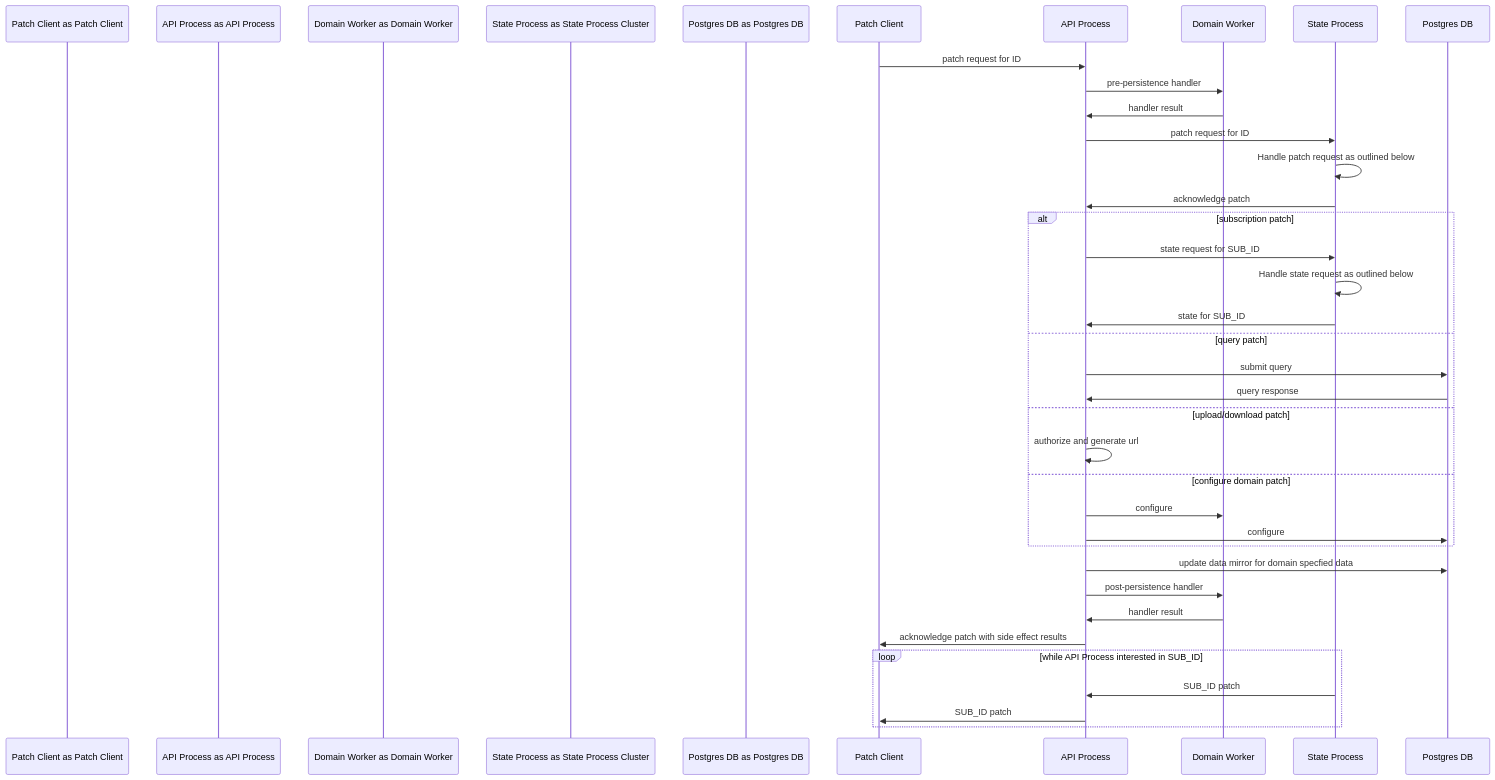
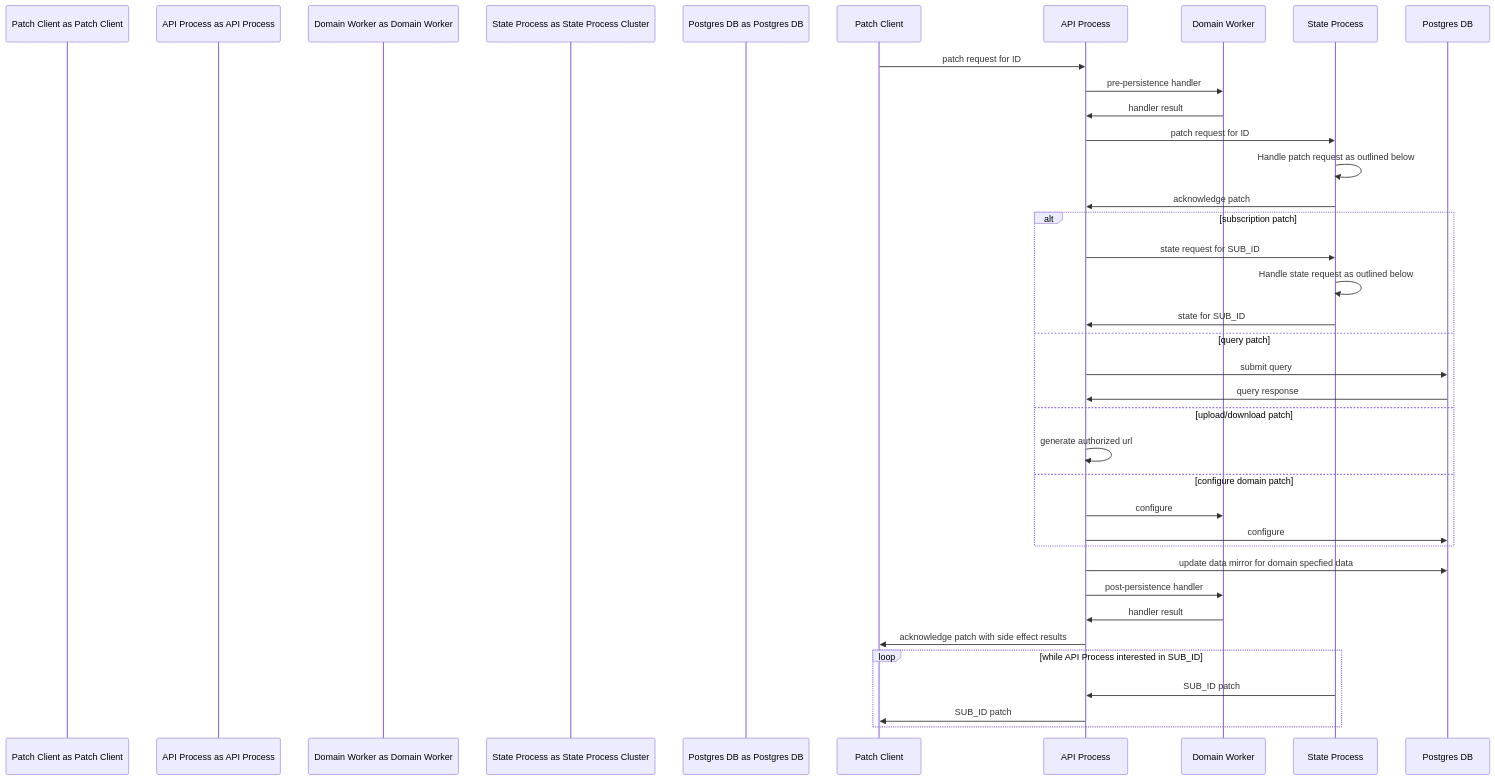
Before and after one commit to knowlearning/platform: the diagram in README.md, drawn with Mermaid. The commit also changed other lines of this file, not shown here.

````diff
--- a/README.md
+++ b/README.md
@@ -46,36 +46,36 @@
 ```mermaid
 sequenceDiagram
   participant Patch Client as Patch Client
   participant API Process as API Process
   participant Domain Worker as Domain Worker
   participant State Process as State Process Cluster
   participant Postgres DB as Postgres DB
 
   Patch Client ->> API Process: patch request for ID
   API Process ->> Domain Worker: pre-persistence handler
   Domain Worker ->> API Process: handler result
   API Process ->> State Process: patch request for ID
   State Process ->> State Process: Handle patch request as outlined below
   State Process ->> API Process: acknowledge patch
   alt subscription patch
     API Process ->> State Process: state request for SUB_ID
     State Process ->> State Process: Handle state request as outlined below
     State Process ->> API Process: state for SUB_ID
   else query patch
     API Process ->> Postgres DB: submit query
     Postgres DB ->> API Process: query response
   else upload/download patch
-    API Process ->> API Process: authorize and generate url
+    API Process ->> API Process: generate authorized url
   else configure domain patch
     API Process ->> Domain Worker: configure
     API Process ->> Postgres DB: configure
   end
   API Process ->> Postgres DB: update data mirror for domain specfied data
   API Process ->> Domain Worker: post-persistence handler
   Domain Worker ->> API Process: handler result
   API Process ->> Patch Client: acknowledge patch with side effect results
   loop while API Process interested in SUB_ID
     State Process ->> API Process: SUB_ID patch
     API Process ->> Patch Client: SUB_ID patch
   end
 ```
````
